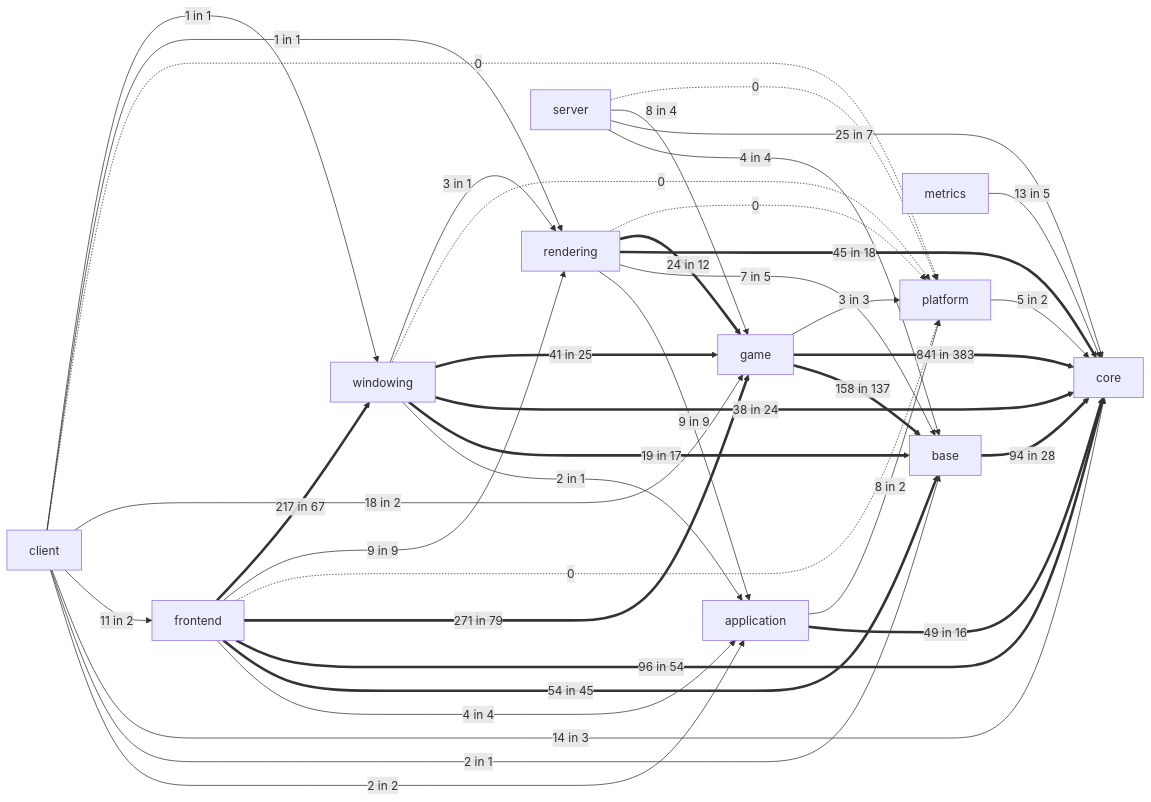
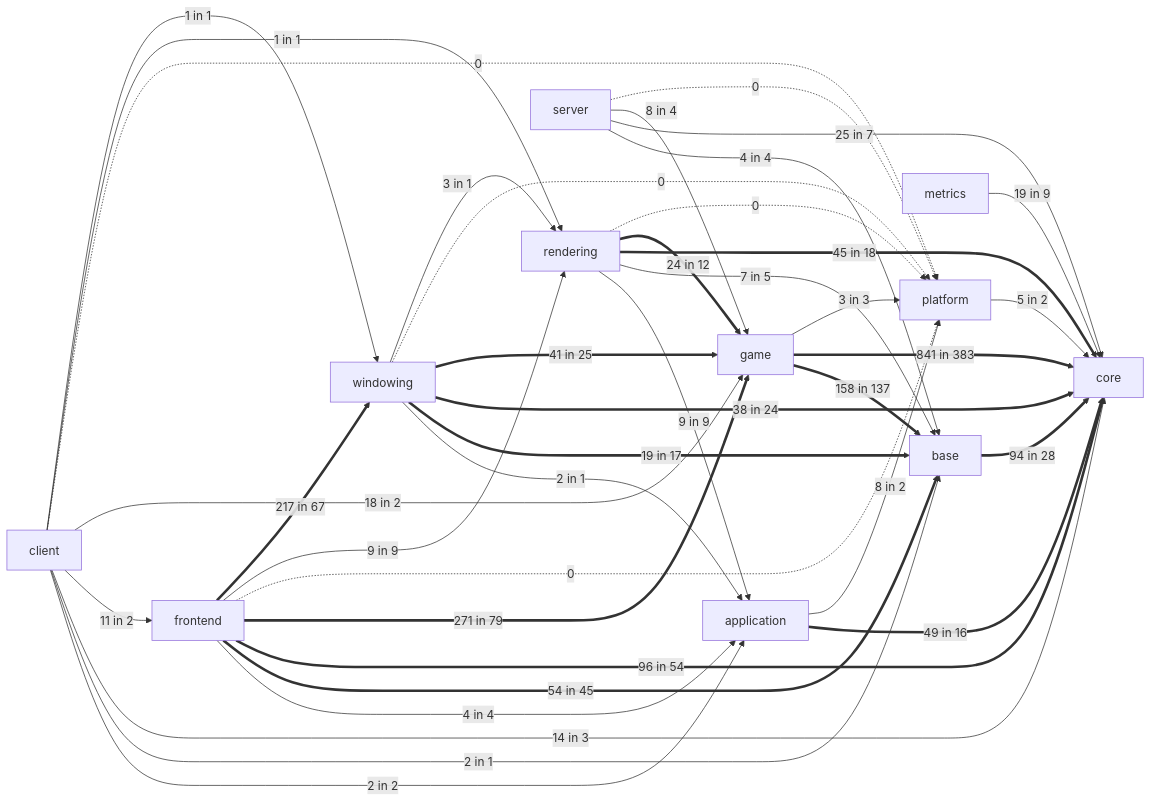
One commit to apnex/OpenStarbound changed the fifth of 11 diagrams in docs/architecture/system-boundaries.md. Above: the diagram before and after it, drawn with Mermaid. The commit also changed other lines of this file and 10 other files, not shown here.

````diff
--- a/docs/architecture/system-boundaries.md
+++ b/docs/architecture/system-boundaries.md
@@ -406,41 +406,41 @@
 ```mermaid
 flowchart LR
   base ==>|94 in 28| core
-  metrics -->|13 in 5| core
+  metrics -->|19 in 9| core
   platform -->|5 in 2| core
   application ==>|49 in 16| core
   application -->|8 in 2| platform
   game ==>|158 in 137| base
   game ==>|841 in 383| core
   game -->|3 in 3| platform
   rendering -->|9 in 9| application
   rendering -->|7 in 5| base
   rendering ==>|45 in 18| core
   rendering ==>|24 in 12| game
   rendering -.->|0| platform
   windowing -->|2 in 1| application
   windowing ==>|19 in 17| base
   windowing ==>|38 in 24| core
   windowing ==>|41 in 25| game
   windowing -.->|0| platform
   windowing -->|3 in 1| rendering
   frontend -->|4 in 4| application
   frontend ==>|54 in 45| base
   frontend ==>|96 in 54| core
   frontend ==>|271 in 79| game
   frontend -.->|0| platform
   frontend -->|9 in 9| rendering
   frontend ==>|217 in 67| windowing
   client -->|2 in 2| application
   client -->|2 in 1| base
   client -->|14 in 3| core
   client -->|11 in 2| frontend
   client -->|18 in 2| game
   client -.->|0| platform
   client -->|1 in 1| rendering
   client -->|1 in 1| windowing
   server -->|4 in 4| base
   server -->|25 in 7| core
   server -->|8 in 4| game
   server -.->|0| platform
 ```
````
